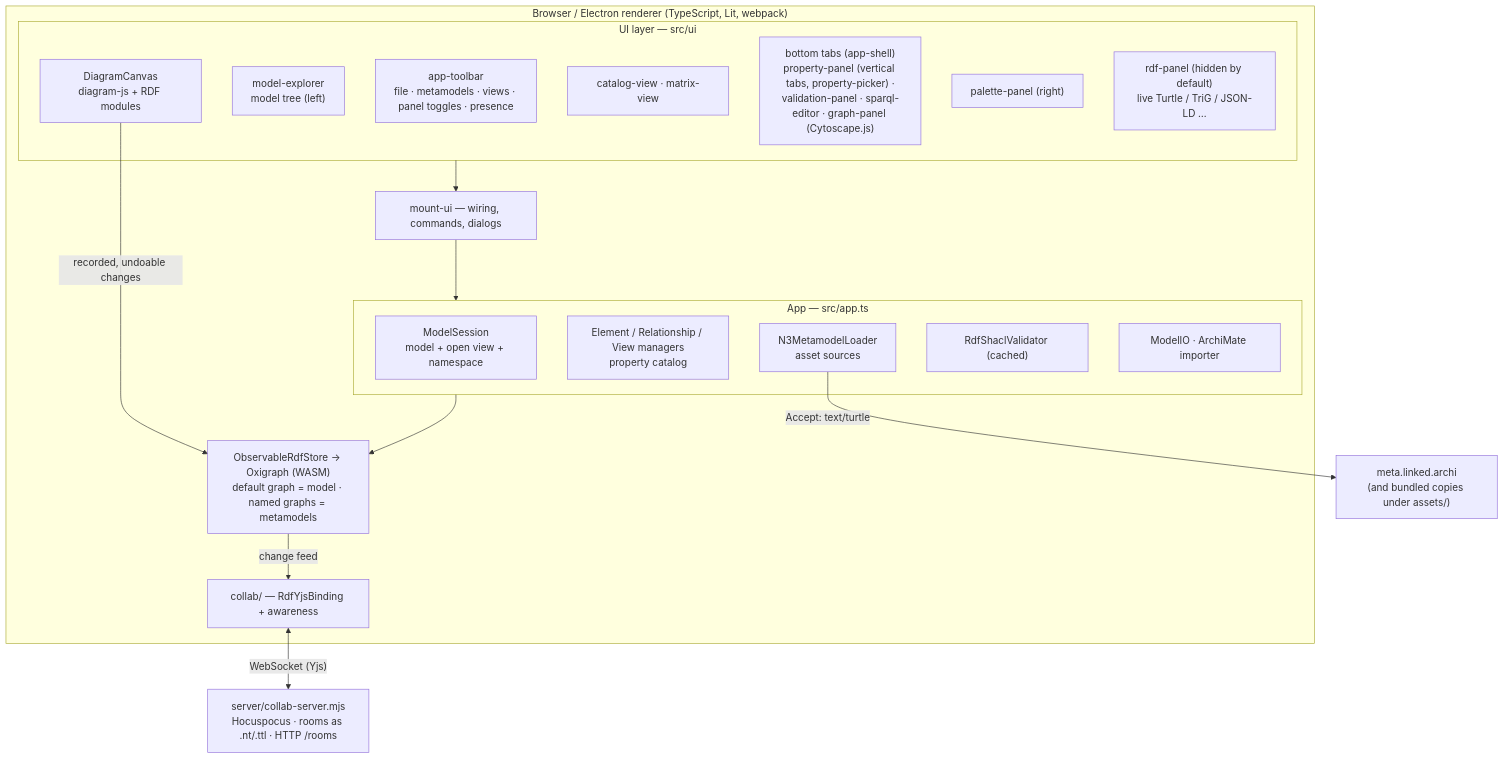
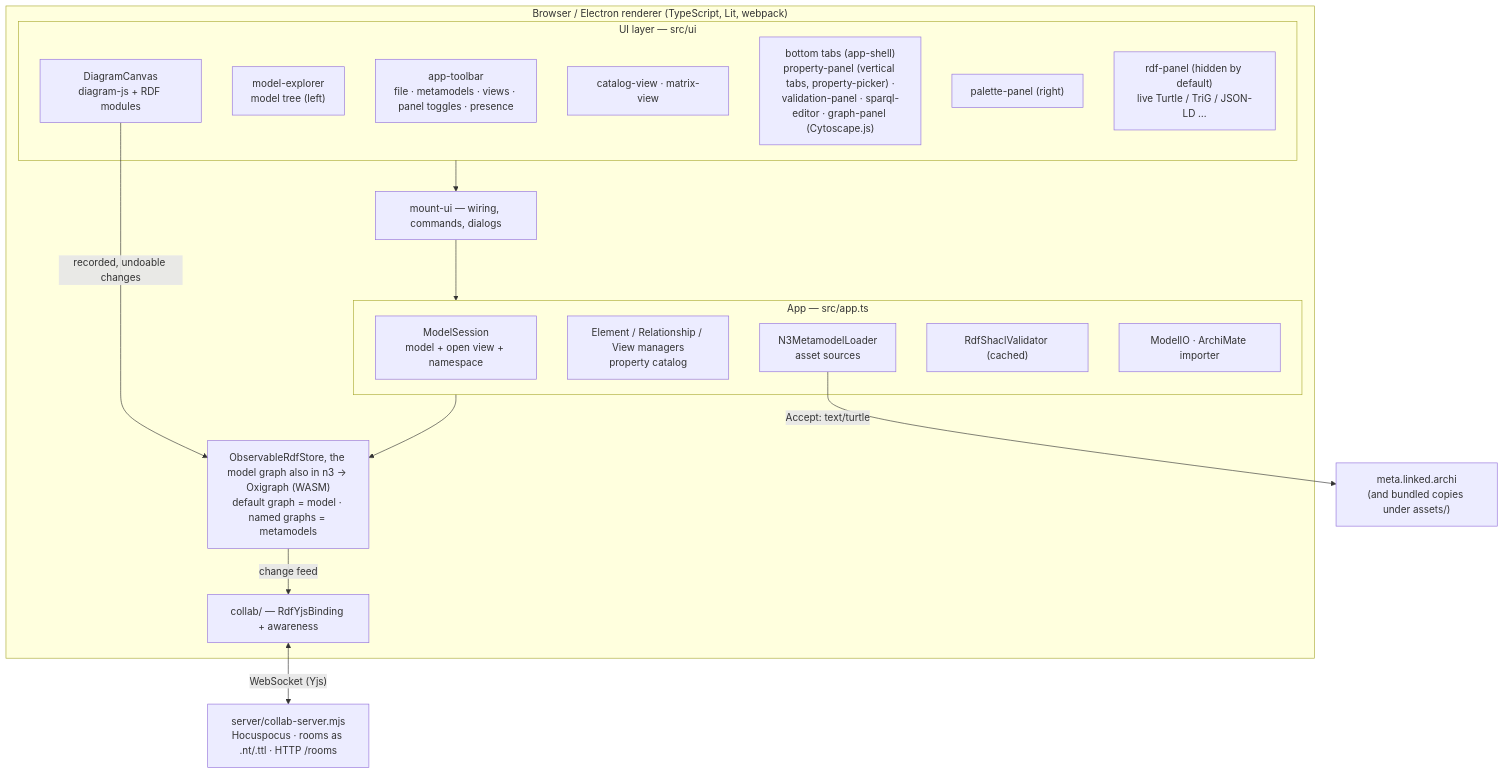
The first of 2 diagrams in .kiro/specs/la-gram/design.md (linked-archi/la-gram), drawn with Mermaid before and after one commit. The commit also changed other lines of this file and 13 other files, not shown here.

````diff
--- a/.kiro/specs/la-gram/design.md
+++ b/.kiro/specs/la-gram/design.md
@@ -19,32 +19,32 @@
 ```mermaid
 graph TB
     subgraph Browser["Browser / Electron renderer (TypeScript, Lit, webpack)"]
         subgraph UI["UI layer — src/ui"]
             Toolbar["app-toolbar<br/>file · metamodels · views · panel toggles · presence"]
             Tree["model-explorer<br/>model tree (left)"]
             Canvas["DiagramCanvas<br/>diagram-js + RDF modules"]
             Alt["catalog-view · matrix-view"]
             Bottom["bottom tabs (app-shell)<br/>property-panel (vertical tabs, property-picker) ·<br/>validation-panel · sparql-editor · graph-panel (Cytoscape.js)"]
             Palette["palette-panel (right)"]
             Rdf["rdf-panel (hidden by default)<br/>live Turtle / TriG / JSON-LD …"]
         end
         Mount["mount-ui — wiring, commands, dialogs"]
         subgraph Core["App — src/app.ts"]
             Session["ModelSession<br/>model + open view + namespace"]
             Managers["Element / Relationship / View managers<br/>property catalog"]
             MM["N3MetamodelLoader<br/>asset sources"]
             Val["RdfShaclValidator (cached)"]
             IO["ModelIO · ArchiMate importer"]
         end
-        Store["ObservableRdfStore → Oxigraph (WASM)<br/>default graph = model · named graphs = metamodels"]
+        Store["ObservableRdfStore, the model graph also in n3 → Oxigraph (WASM)<br/>default graph = model · named graphs = metamodels"]
         Collab["collab/ — RdfYjsBinding + awareness"]
     end
     Server["server/collab-server.mjs<br/>Hocuspocus · rooms as .nt/.ttl · HTTP /rooms"]
     Meta["meta.linked.archi<br/>(and bundled copies under assets/)"]
 
     UI --> Mount --> Core --> Store
     Canvas -- "recorded, undoable changes" --> Store
     Store -- "change feed" --> Collab
     Collab <-- "WebSocket (Yjs)" --> Server
     MM -- "Accept: text/turtle" --> Meta
 ```
````
